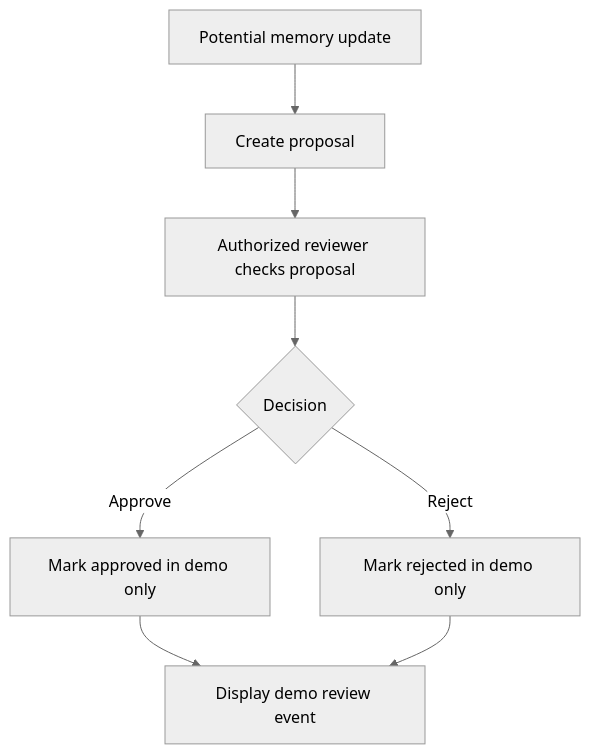
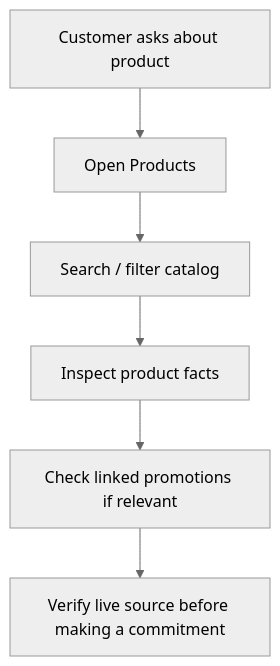
The second of 3 diagrams in mock_ui/docs/ui-user-flows.md (tuannvhust/SC2026), drawn with Mermaid (neutral theme) before and after one commit. The commit also changed other lines of this file and 4 other files, not shown here.

````diff
--- a/mock_ui/docs/ui-user-flows.md
+++ b/mock_ui/docs/ui-user-flows.md
@@ -26,10 +28,8 @@
 ```mermaid
 flowchart TD
-    A[Potential memory update] --> B[Create proposal]
-    B --> C[Authorized reviewer checks proposal]
-    C --> D{Decision}
-    D -- Approve --> E[Mark approved in demo only]
-    D -- Reject --> F[Mark rejected in demo only]
-    E --> G[Display demo review event]
-    F --> G
+  A[Customer asks about product] --> B[Open Products]
+  B --> C[Search / filter catalog]
+  C --> D[Inspect product facts]
+  D --> E[Check linked promotions if relevant]
+  E --> F[Verify live source before making a commitment]
 ```
````
